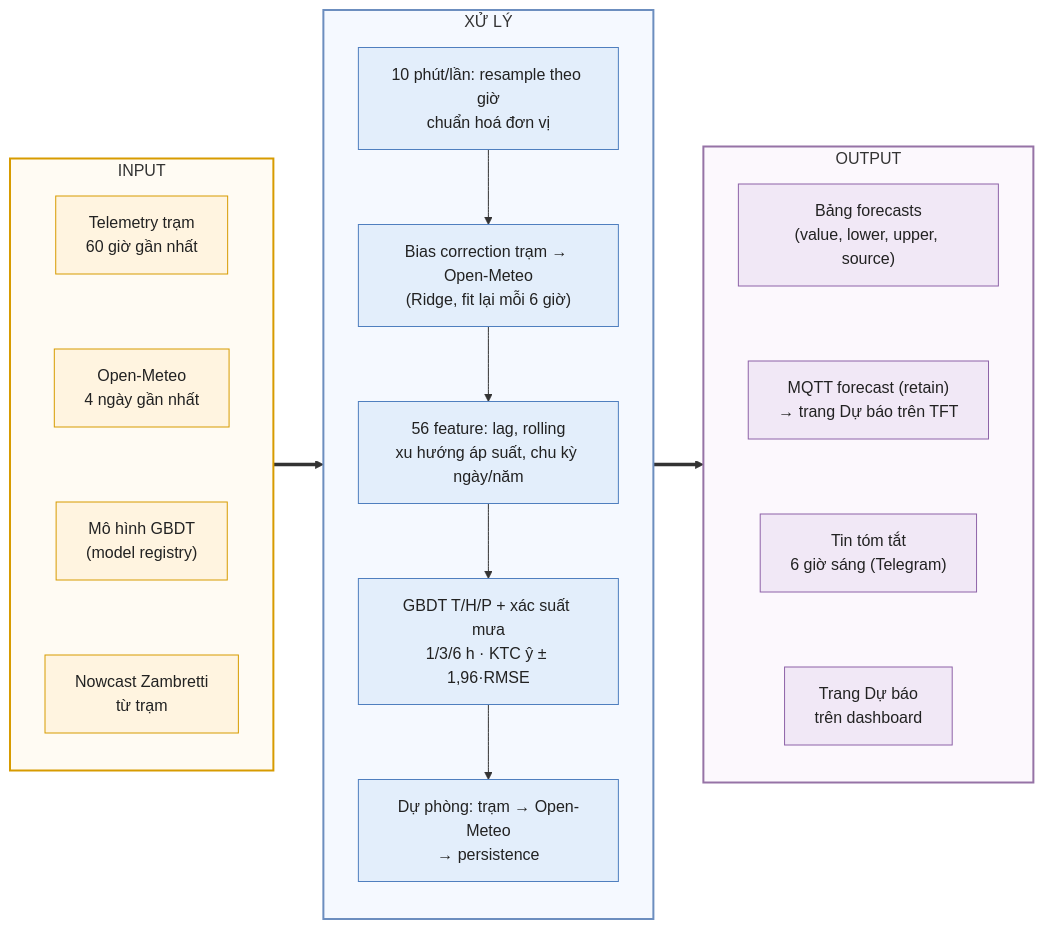
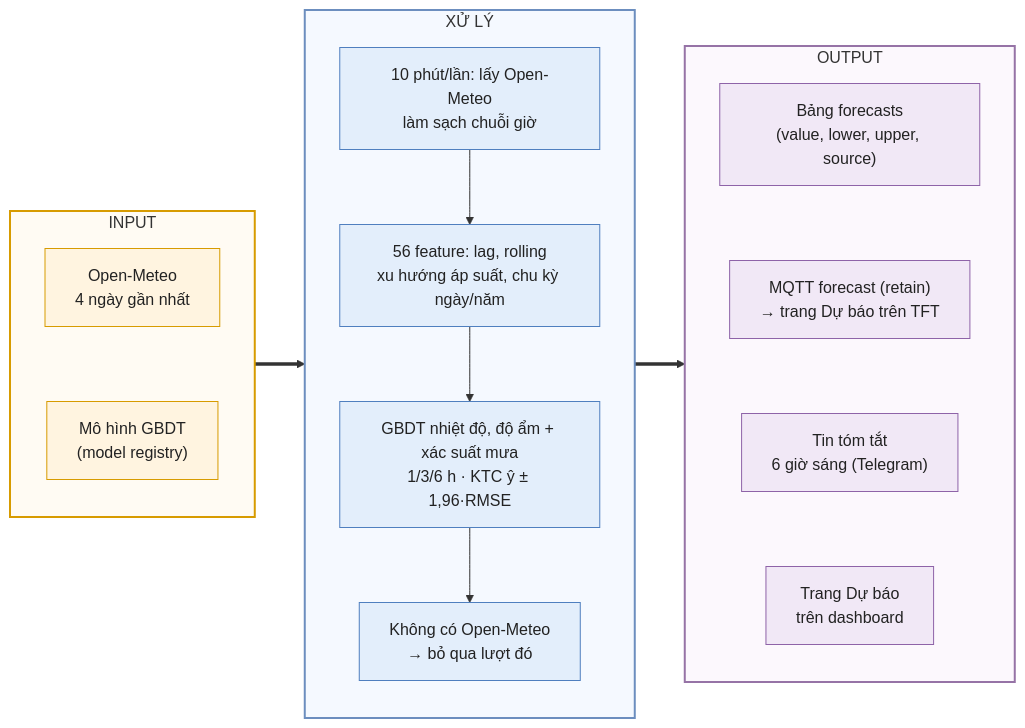
Before and after one commit to danhle396/pythonnhung: the fourth of 6 diagrams in docs/architecture/ipo.md, drawn with Mermaid. The commit also changed other lines of this file and 176 other files, not shown here.

````diff
--- a/docs/architecture/ipo.md
+++ b/docs/architecture/ipo.md
@@ -166,38 +165,35 @@
 ```mermaid
 flowchart LR
     subgraph I["INPUT"]
         direction TB
-        i1["Telemetry trạm<br/>60 giờ gần nhất"]
         i2["Open-Meteo<br/>4 ngày gần nhất"]
         i3["Mô hình GBDT<br/>(model registry)"]
-        i4["Nowcast Zambretti<br/>từ trạm"]
-        i1 ~~~ i2 ~~~ i3 ~~~ i4
+        i2 ~~~ i3
     end
     subgraph P["XỬ LÝ"]
         direction TB
-        p1["10 phút/lần: resample theo giờ<br/>chuẩn hoá đơn vị"]
-        p2["Bias correction trạm → Open-Meteo<br/>(Ridge, fit lại mỗi 6 giờ)"]
+        p1["10 phút/lần: lấy Open-Meteo<br/>làm sạch chuỗi giờ"]
         p3["56 feature: lag, rolling<br/>xu hướng áp suất, chu kỳ ngày/năm"]
-        p4["GBDT T/H/P + xác suất mưa<br/>1/3/6 h · KTC ŷ ± 1,96·RMSE"]
-        p5["Dự phòng: trạm → Open-Meteo<br/>→ persistence"]
-        p1 --> p2 --> p3 --> p4 --> p5
+        p4["GBDT nhiệt độ, độ ẩm + xác suất mưa<br/>1/3/6 h · KTC ŷ ± 1,96·RMSE"]
+        p5["Không có Open-Meteo<br/>→ bỏ qua lượt đó"]
+        p1 --> p3 --> p4 --> p5
     end
     subgraph O["OUTPUT"]
         direction TB
         o1["Bảng forecasts<br/>(value, lower, upper, source)"]
         o2["MQTT forecast (retain)<br/>→ trang Dự báo trên TFT"]
         o3["Tin tóm tắt<br/>6 giờ sáng (Telegram)"]
         o4["Trang Dự báo<br/>trên dashboard"]
         o1 ~~~ o2 ~~~ o3 ~~~ o4
     end
     I ==> P ==> O
     classDef inp fill:#FFF4E0,stroke:#D79B00,color:#222
     classDef prc fill:#E3EEFB,stroke:#4F7FBF,color:#222
     classDef out fill:#F1E8F6,stroke:#8E63A8,color:#222
     class i1,i2,i3,i4 inp
     class p1,p2,p3,p4,p5 prc
     class o1,o2,o3,o4 out
     style I fill:#FFFBF3,stroke:#D79B00,stroke-width:2px
     style P fill:#F5F9FF,stroke:#6C8EBF,stroke-width:2px
     style O fill:#FCF8FD,stroke:#9673A6,stroke-width:2px
 ```
````
